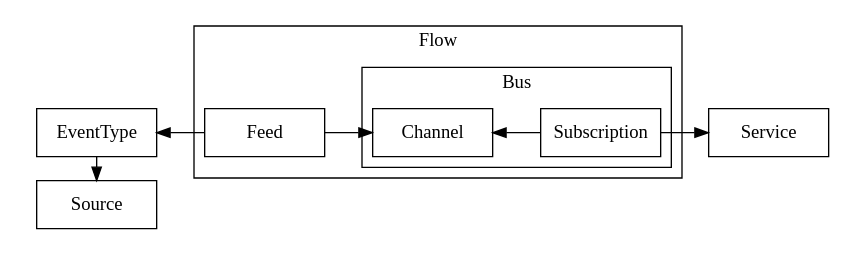
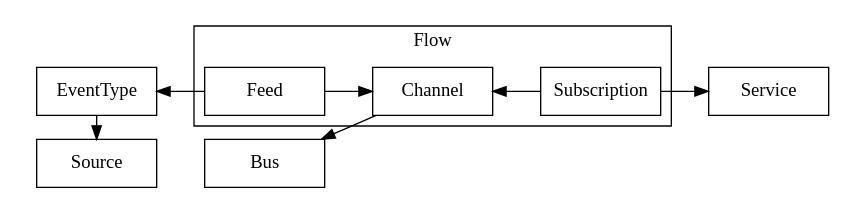
Before and after one commit to knative/eventing: the diagram in docs/spec/images/overview-reference.dot, drawn with Graphviz. The commit also changed 4 other files, not shown here.

```diff
--- a/docs/spec/images/overview-reference.dot
+++ b/docs/spec/images/overview-reference.dot
@@ -1,35 +1,33 @@
 // This is the overview graph for object refrences in the control plane.
 //
 // To reproduce the PNG, run the following:
 // $ dot -Tpng overview-reference.dot -o overview-reference.png
 //
 digraph G {
   ordering = out;
   rankdir = LR;
   
   node [shape=rectangle; width=1.25; height=.5; fixedsize=true;]
   
   subgraph cluster_A {
     Source -> EventType [dir=back];
     color=white; 
-    {rank = same; Source; EventType}
+    {rank = same; Source; EventType;}
   }
   
   subgraph cluster_C {
     Feed;
-    subgraph cluster_B {
-      Channel
-      Subscription;
-      label = "Bus";
-      color=black;
-    }
+    Channel
+    Subscription;
     label = "Flow";
   }
   EventType -> Feed [dir=back];
   Feed -> Channel;
 
   Subscription -> Service;
   Channel -> Subscription [dir=back];
 
+  Bus -> Channel [dir=back];
+
   {rank = max; Service;}
 }
```
